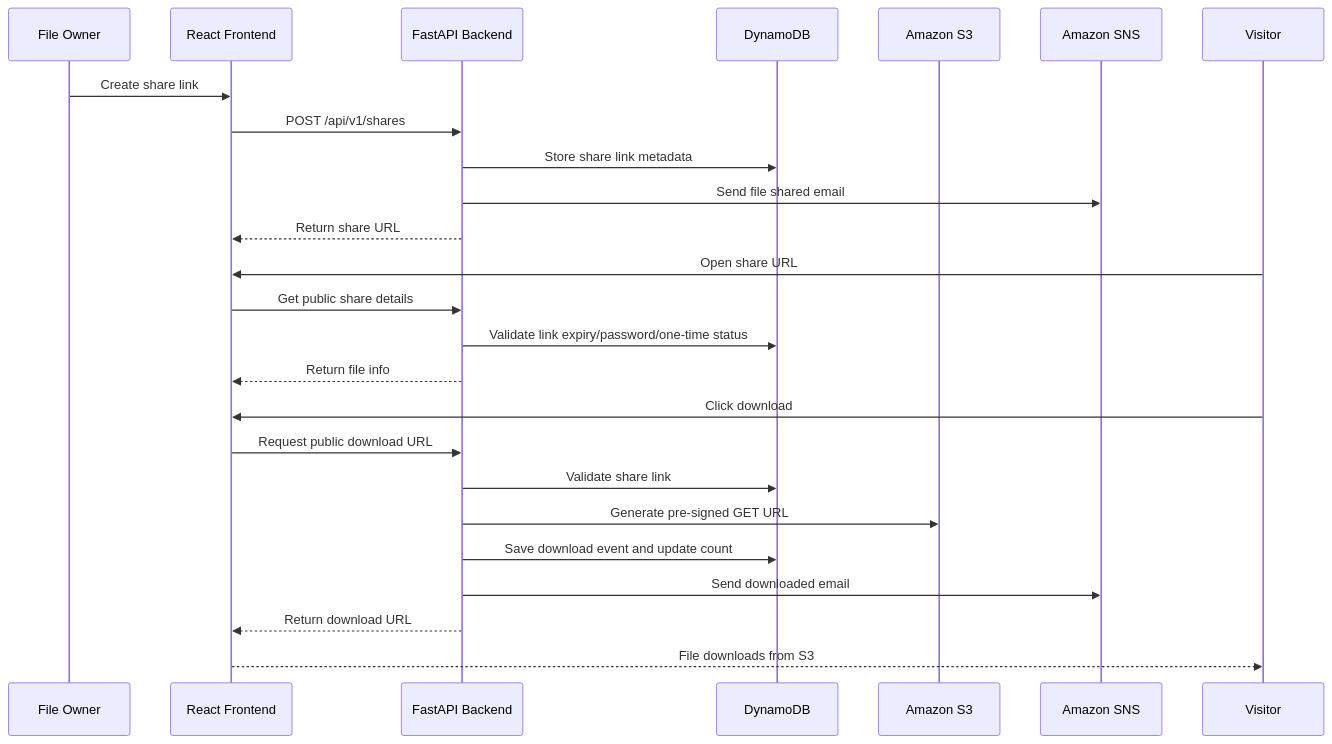
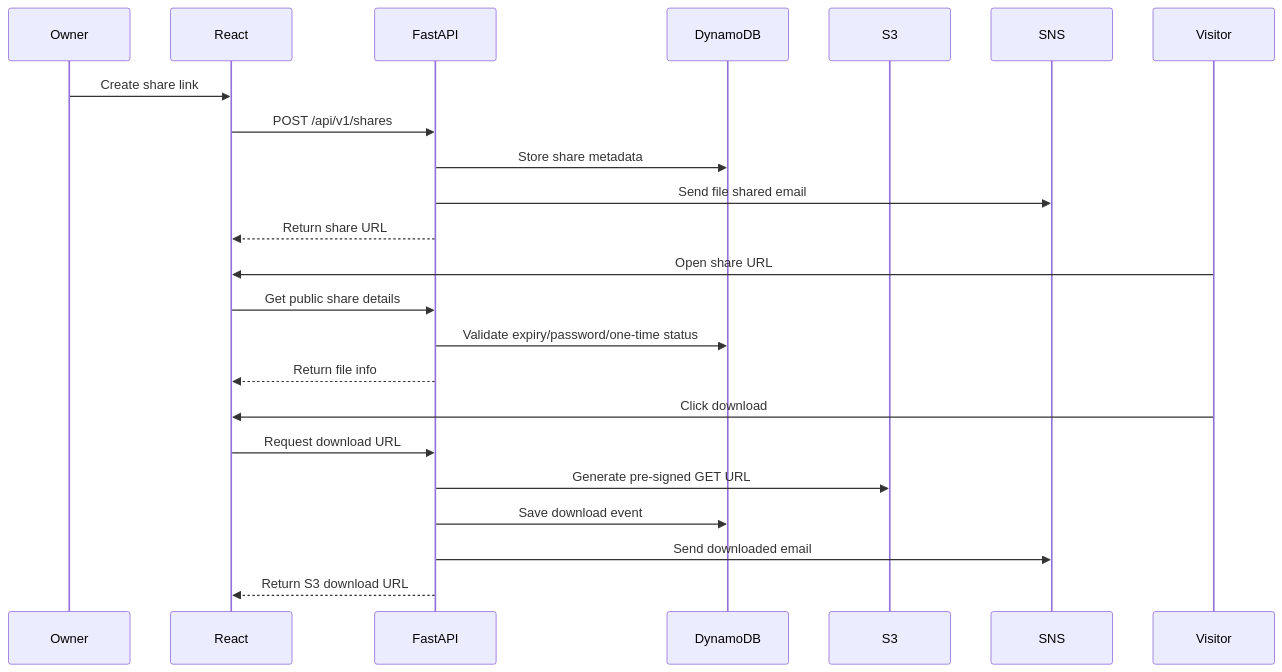
The fourth of 4 diagrams in README.md (chintukotti/secureshare), drawn with Mermaid before and after one commit. The commit also changed other lines of this file and 128 other files, not shown here.

Commit message:
Add frontend and backend source code

````diff
--- a/README.md
+++ b/README.md
@@ -200,29 +249,27 @@
 ```mermaid
 sequenceDiagram
-    participant O as File Owner
-    participant R as React Frontend
-    participant B as FastAPI Backend
-    participant D as DynamoDB
-    participant S as Amazon S3
-    participant N as Amazon SNS
-    participant V as Visitor
+    participant Owner
+    participant React
+    participant FastAPI
+    participant DynamoDB
+    participant S3
+    participant SNS
+    participant Visitor
 
-    O->>R: Create share link
-    R->>B: POST /api/v1/shares
-    B->>D: Store share link metadata
-    B->>N: Send file shared email
-    B-->>R: Return share URL
+    Owner->>React: Create share link
+    React->>FastAPI: POST /api/v1/shares
+    FastAPI->>DynamoDB: Store share metadata
+    FastAPI->>SNS: Send file shared email
+    FastAPI-->>React: Return share URL
 
-    V->>R: Open share URL
-    R->>B: Get public share details
-    B->>D: Validate link expiry/password/one-time status
-    B-->>R: Return file info
-    V->>R: Click download
-    R->>B: Request public download URL
-    B->>D: Validate share link
-    B->>S: Generate pre-signed GET URL
-    B->>D: Save download event and update count
-    B->>N: Send downloaded email
-    B-->>R: Return download URL
-    R-->>V: File downloads from S3
+    Visitor->>React: Open share URL
+    React->>FastAPI: Get public share details
+    FastAPI->>DynamoDB: Validate expiry/password/one-time status
+    FastAPI-->>React: Return file info
+    Visitor->>React: Click download
+    React->>FastAPI: Request download URL
+    FastAPI->>S3: Generate pre-signed GET URL
+    FastAPI->>DynamoDB: Save download event
+    FastAPI->>SNS: Send downloaded email
+    FastAPI-->>React: Return S3 download URL
 ```
````
